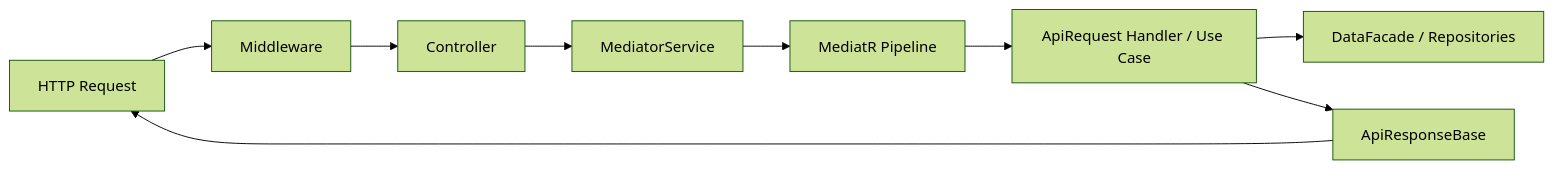
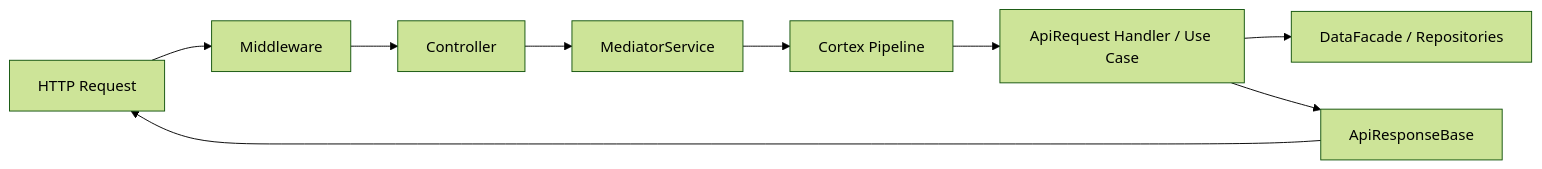
One commit to azhe403/ZiziBot-Engine changed the second of 2 diagrams in docs/code-wiki/architecture.md. Above: the diagram before and after it, drawn with Mermaid (forest theme). The commit also changed other lines of this file and 105 other files, not shown here.

First line of the commit message:
refactor(Application): Migrate MediatR pipeline to custom Cortex pipeline

````diff
--- a/docs/code-wiki/architecture.md
+++ b/docs/code-wiki/architecture.md
@@ -78,11 +78,11 @@
 ```mermaid
 flowchart LR
   HTTP[HTTP Request] --> MW[Middleware]
   MW --> API[Controller]
   API --> MS[MediatorService]
-  MS --> MR[MediatR Pipeline]
+  MS --> MR[Cortex Pipeline]
   MR --> H[ApiRequest Handler / Use Case]
   H --> DF[DataFacade / Repositories]
   H --> RESP[ApiResponseBase]
   RESP --> HTTP
 ```
````
